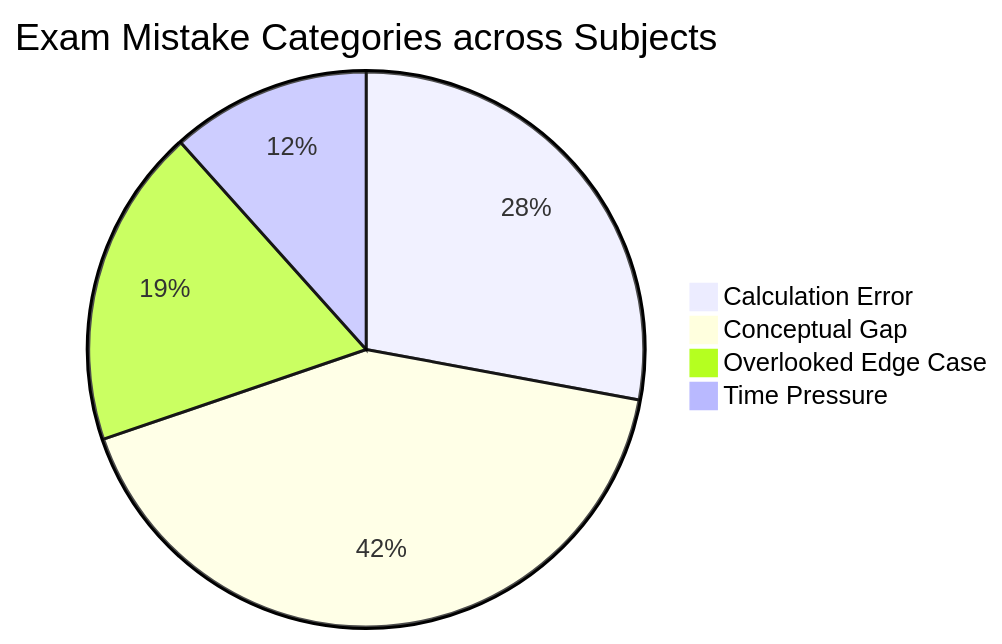
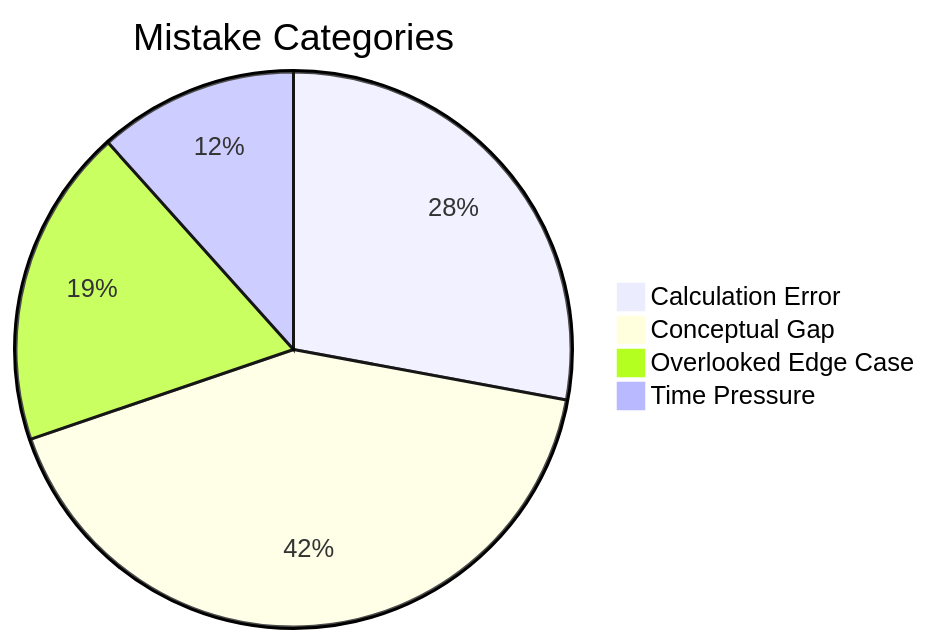
Before and after one commit to skc-coder/SAGE: the second of 2 diagrams in content/gate-cs/index.md, drawn with Mermaid. The commit also changed other lines of this file and 3 other files, not shown here.

````diff
--- a/content/gate-cs/index.md
+++ b/content/gate-cs/index.md
@@ -15,7 +15,7 @@
 ```mermaid
-pie title Exam Mistake Categories across Subjects
+pie title Mistake Categories
     "Calculation Error" : 12
     "Conceptual Gap" : 18
     "Overlooked Edge Case" : 8
     "Time Pressure" : 5
 ```
````
